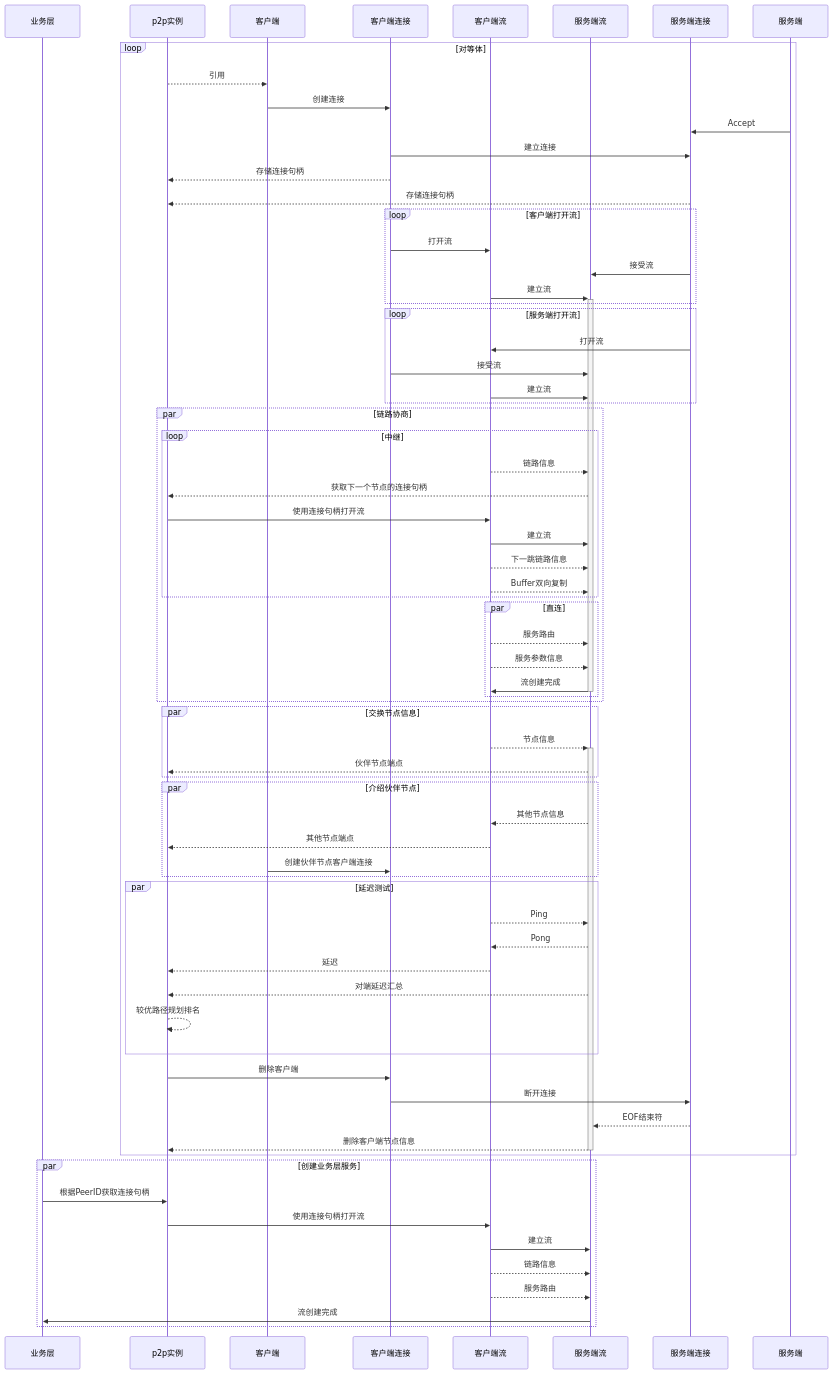
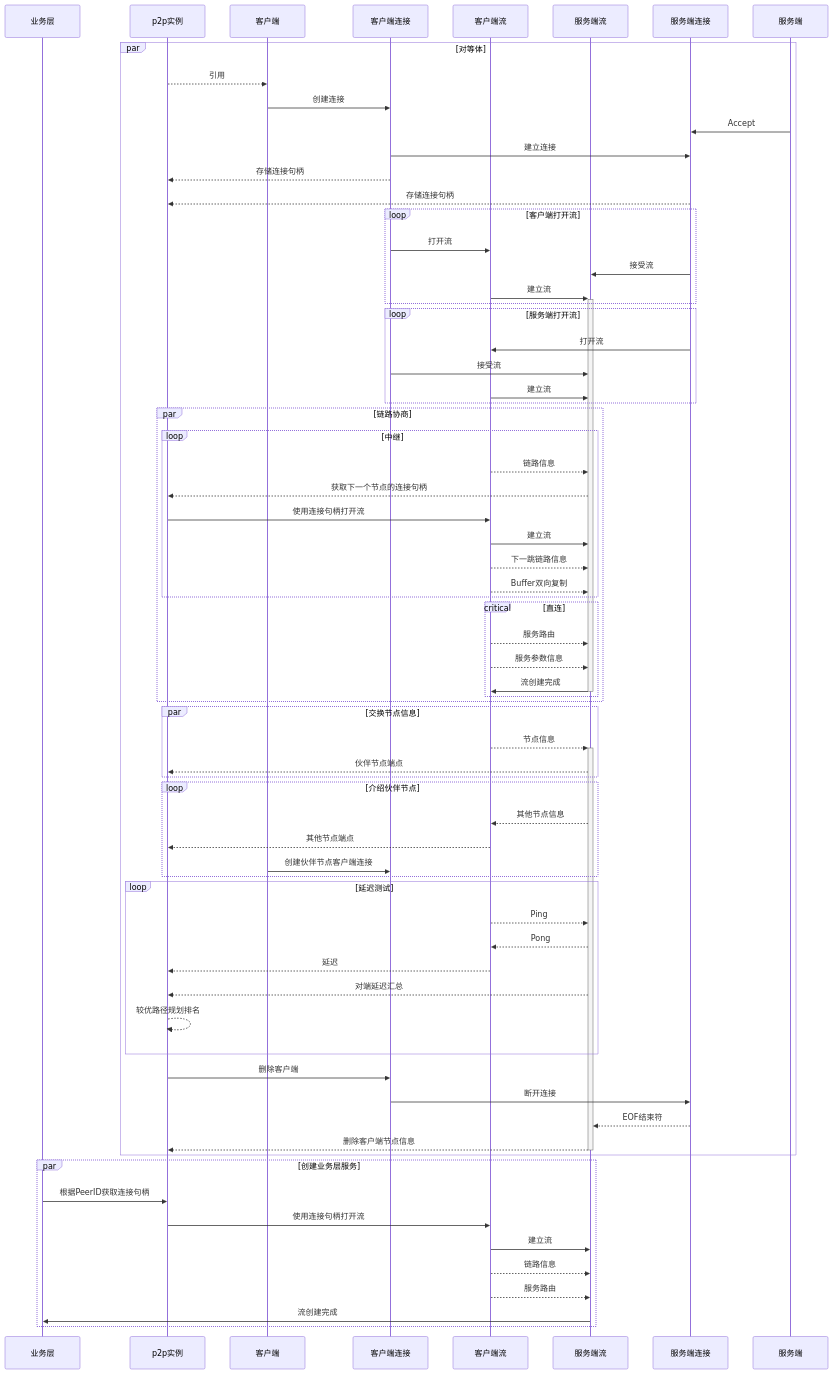
One commit to zsl99a/quark-im changed the third of 3 diagrams in docs/im.md. Above: the diagram before and after it, drawn with Mermaid.

Commit message:
调整时序图细节

```diff
--- a/docs/im.md
+++ b/docs/im.md
@@ -52,7 +52,7 @@
     participant 服务端连接
     participant 服务端
 
-    loop 对等体
+    par 对等体
         p2p实例 -->> 客户端: 引用
         客户端 ->> 客户端连接: 创建连接
         服务端 ->> 服务端连接: Accept
@@ -81,7 +81,7 @@
                 客户端流 -->> 服务端流: Buffer双向复制
             end
 
-            par 直连
+            critical 直连
                 客户端流 -->> 服务端流: 服务路由
                 客户端流 -->> 服务端流: 服务参数信息
                 服务端流 ->>- 客户端流: 流创建完成
@@ -93,13 +93,13 @@
             服务端流 -->> p2p实例: 伙伴节点端点
         end
 
-        par 介绍伙伴节点
+        loop 介绍伙伴节点
             服务端流 -->> 客户端流: 其他节点信息
             客户端流 -->> p2p实例: 其他节点端点
             客户端 ->> 客户端连接: 创建伙伴节点客户端连接
         end
 
-        par 延迟测试
+        loop 延迟测试
             客户端流 -->> 服务端流: Ping
             服务端流 -->> 客户端流: Pong
             客户端流 -->> p2p实例: 延迟
@@ -111,7 +111,6 @@
         客户端连接 ->> 服务端连接: 断开连接
         服务端连接 -->> 服务端流: EOF结束符
         服务端流 -->>- p2p实例: 删除客户端节点信息
-
     end
 
     par 创建业务层服务
```
